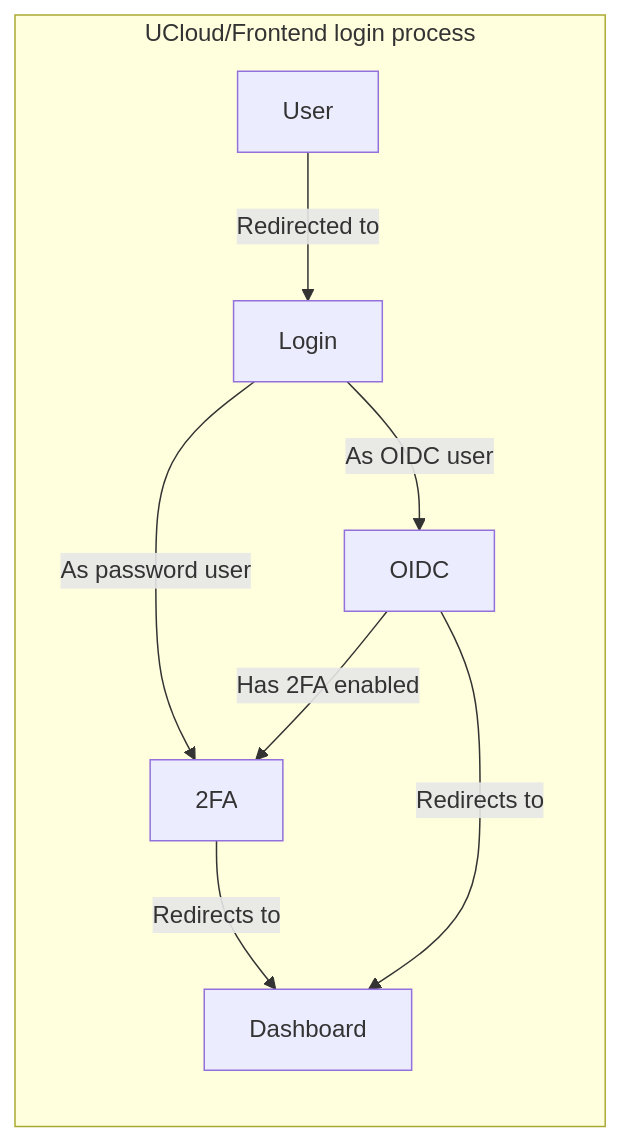
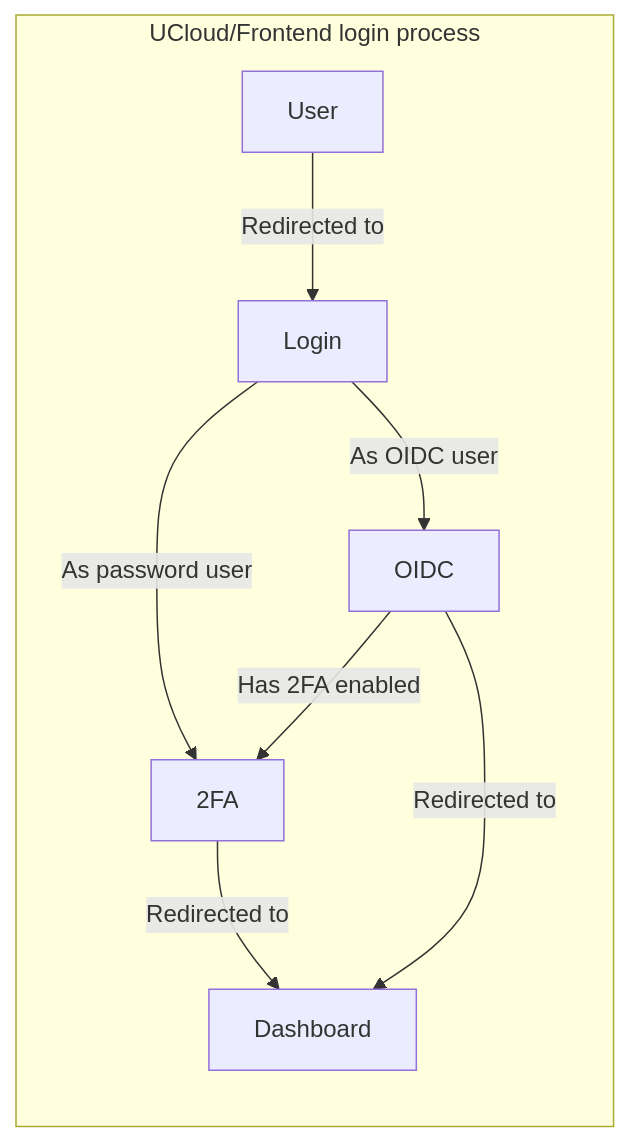
One commit to SDU-eScience/UCloud changed the diagram in provider-integration/im2/docs/src/dev/frontend/auth.md. Above: the diagram before and after it, drawn with Mermaid. The commit also changed other lines of this file and 1 other file, not shown here.

````diff
--- a/provider-integration/im2/docs/src/dev/frontend/auth.md
+++ b/provider-integration/im2/docs/src/dev/frontend/auth.md
@@ -12,19 +12,17 @@
 ```mermaid
 flowchart LR
     subgraph loginprocess["UCloud/Frontend login process"]
         A["User"]:::diagram-external-user
         B["Login"]:::diagram-external-window
-        C["OIDC"]
-        D["2FA"]
+        C["OIDC"]:::diagram-external-cog-6-tooth
+        D["2FA"]:::diagram-external-cog-6-tooth
         E["Dashboard"]:::diagram-external-window
     end
     
     A -->|Redirected to| B
     B -->|As OIDC user| C
     B -->|As password user| D
-    D -->|Redirects to| E
-    C -->|Redirects to| E
+    D -->|Redirected to| E
+    C -->|Redirected to| E
     C -->|Has 2FA enabled| D
-    
-    class B diagram-external-window
 ```
````
